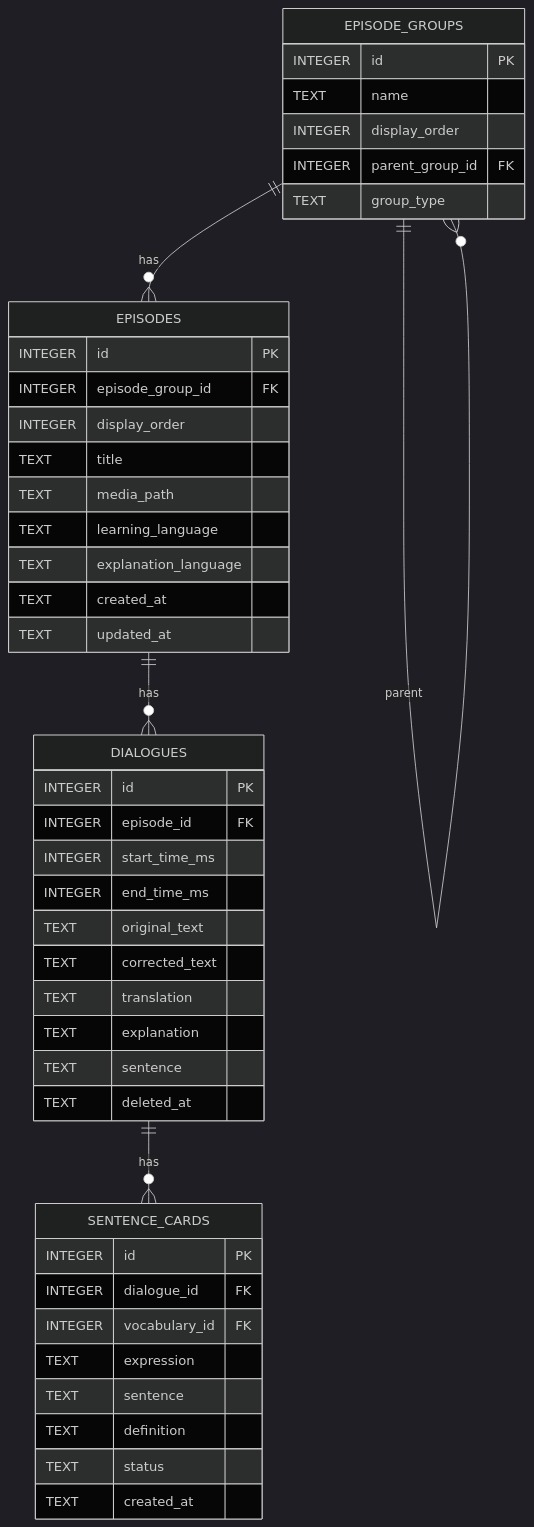
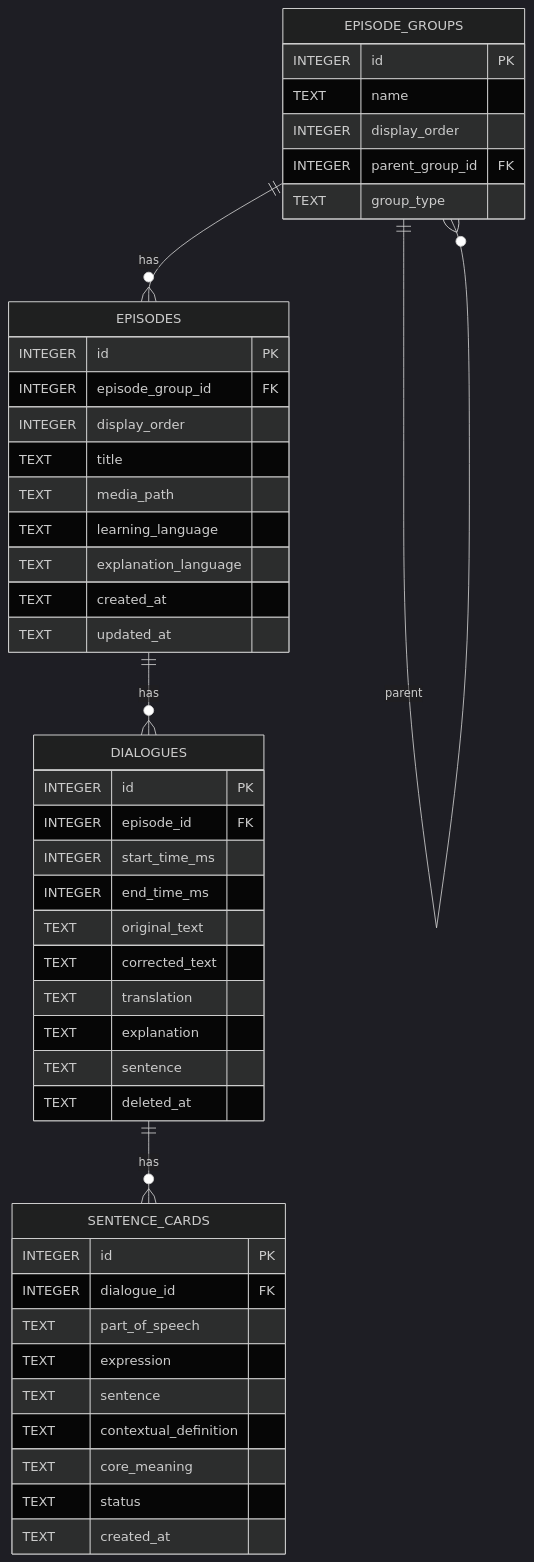
One commit to k5n/kotonoha changed the second of 2 diagrams in doc/technical_specifications.md. Above: the diagram before and after it, drawn with Mermaid (dark theme). The commit also changed other lines of this file and 1 other file, not shown here.

Commit message:
docs: Update technical specifications and AGENTS.md

````diff
--- a/doc/technical_specifications.md
+++ b/doc/technical_specifications.md
@@ -208,48 +208,49 @@
 ```mermaid
 erDiagram
     EPISODE_GROUPS {
         INTEGER id PK
         TEXT name
         INTEGER display_order
         INTEGER parent_group_id FK
         TEXT group_type
     }
     EPISODES {
         INTEGER id PK
         INTEGER episode_group_id FK
         INTEGER display_order
         TEXT title
         TEXT media_path
         TEXT learning_language
         TEXT explanation_language
         TEXT created_at
         TEXT updated_at
     }
     DIALOGUES {
         INTEGER id PK
         INTEGER episode_id FK
         INTEGER start_time_ms
         INTEGER end_time_ms
         TEXT original_text
         TEXT corrected_text
         TEXT translation
         TEXT explanation
         TEXT sentence
         TEXT deleted_at
     }
     SENTENCE_CARDS {
         INTEGER id PK
         INTEGER dialogue_id FK
-        INTEGER vocabulary_id FK
+        TEXT part_of_speech
         TEXT expression
         TEXT sentence
-        TEXT definition
+        TEXT contextual_definition
+        TEXT core_meaning
         TEXT status
         TEXT created_at
     }
 
     EPISODE_GROUPS ||--o{ EPISODE_GROUPS : "parent"
     EPISODE_GROUPS ||--o{ EPISODES : "has"
     EPISODES ||--o{ DIALOGUES : "has"
     DIALOGUES ||--o{ SENTENCE_CARDS : "has"
 ```
````
